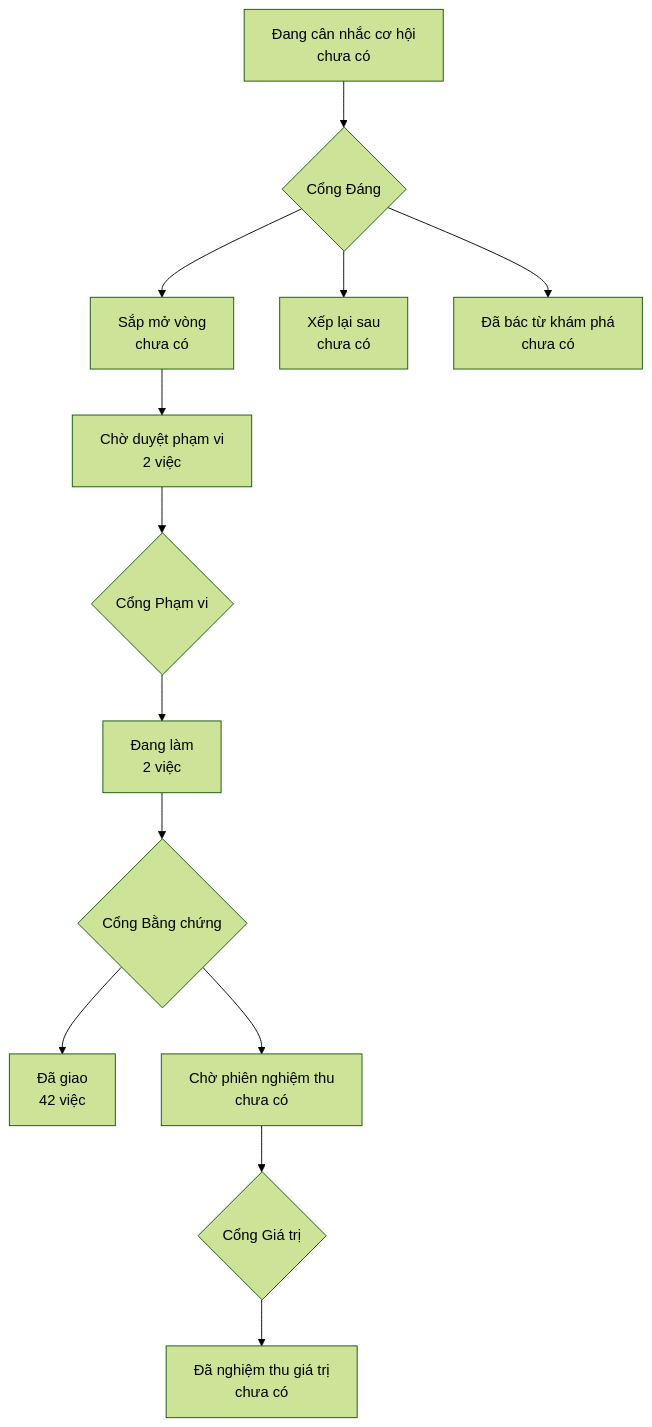
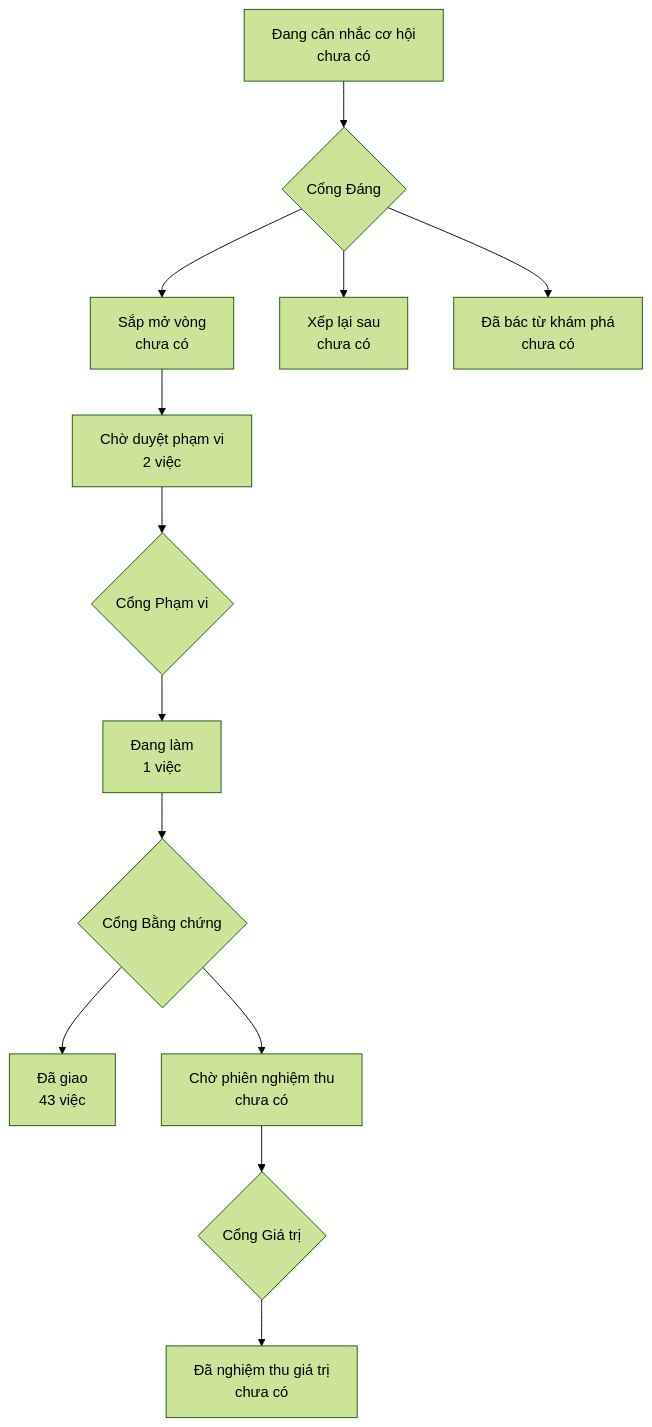
The diagram in PRODUCT-MAP.md (phanlemanh/acceptance-gate-kit), drawn with Mermaid (forest theme) before and after one commit. The commit also changed 3 other files, not shown here.

````diff
--- a/PRODUCT-MAP.md
+++ b/PRODUCT-MAP.md
@@ -6,12 +6,12 @@
 ```mermaid
 flowchart TD
   A["Đang cân nhắc cơ hội<br/>chưa có"] --> GD{"Cổng Đáng"}
   GD --> B["Sắp mở vòng<br/>chưa có"]
   GD --> XL["Xếp lại sau<br/>chưa có"]
   GD --> DB["Đã bác từ khám phá<br/>chưa có"]
   B --> CD["Chờ duyệt phạm vi<br/>2 việc"] --> GP{"Cổng Phạm vi"}
-  GP --> DL["Đang làm<br/>2 việc"] --> GB{"Cổng Bằng chứng"}
-  GB --> DG["Đã giao<br/>42 việc"]
+  GP --> DL["Đang làm<br/>1 việc"] --> GB{"Cổng Bằng chứng"}
+  GB --> DG["Đã giao<br/>43 việc"]
   GB --> CN["Chờ phiên nghiệm thu<br/>chưa có"] --> GG{"Cổng Giá trị"}
   GG --> NT["Đã nghiệm thu giá trị<br/>chưa có"]
 ```
````
